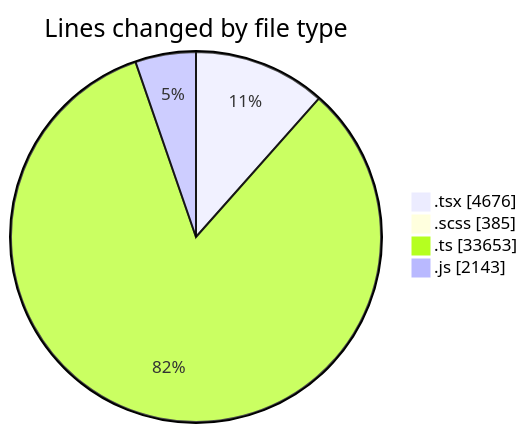
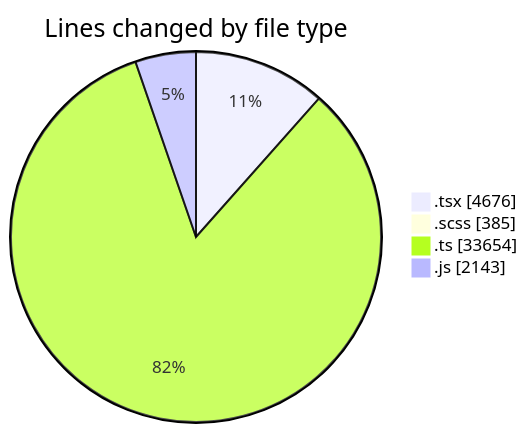
Before and after one commit to momahboobian/code-tracking: the first of 2 diagrams in 2025-06-17/cda/README.md, drawn with Mermaid. The commit also changed other lines of this file and 1 other file, not shown here.

````diff
--- a/2025-06-17/cda/README.md
+++ b/2025-06-17/cda/README.md
@@ -50,8 +50,8 @@
 ```mermaid
 pie showData
 title Lines changed by file type
 ".tsx" : 4676
 ".scss" : 385
-".ts" : 33653
+".ts" : 33654
 ".js" : 2143
 ```
````
